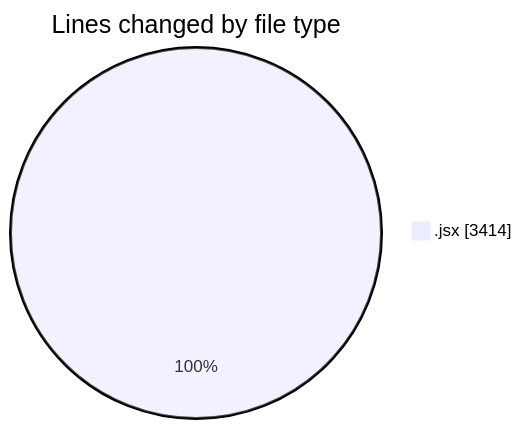
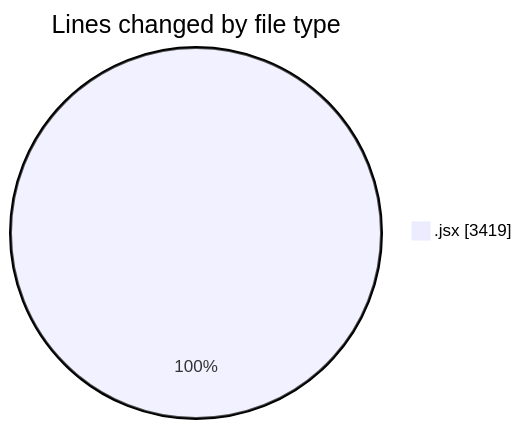
Before and after one commit to nxtqubesakshisongat/code-tracking: the first of 2 diagrams in 2025-05-12/argos-dev/README.md, drawn with Mermaid. The commit also changed other lines of this file and 1 other file, not shown here.

````diff
--- a/2025-05-12/argos-dev/README.md
+++ b/2025-05-12/argos-dev/README.md
@@ -26,5 +26,5 @@
 ```mermaid
 pie showData
 title Lines changed by file type
-".jsx" : 3414
+".jsx" : 3419
 ```
````
